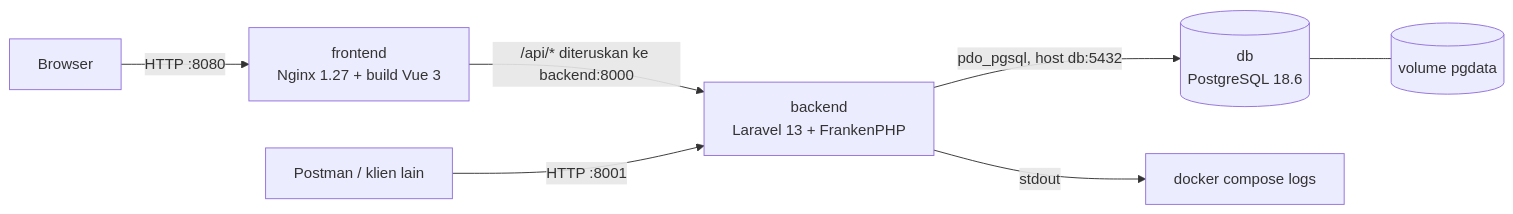
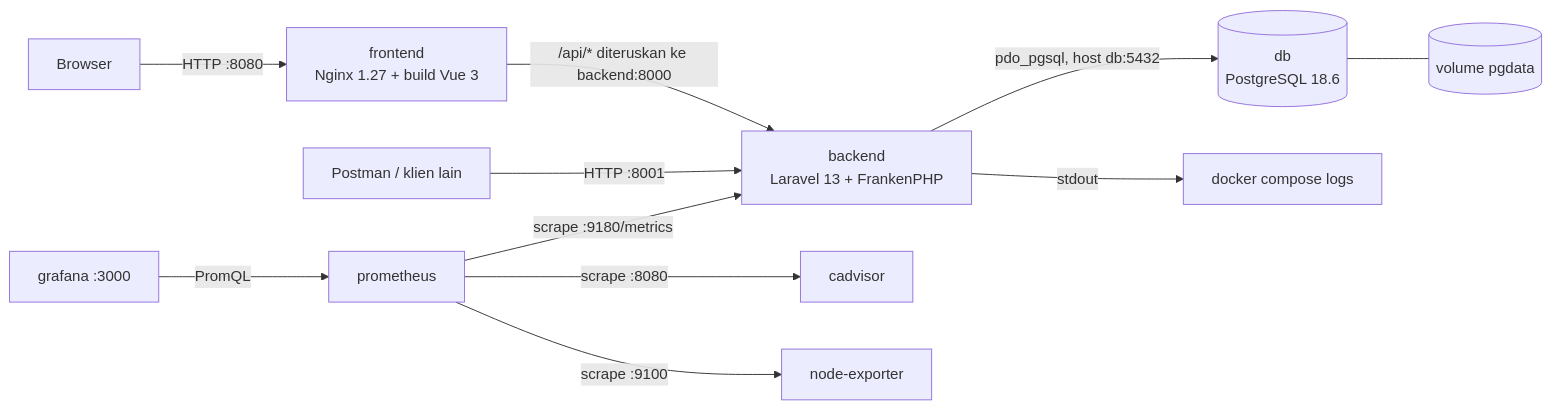
Before and after one commit to hafidzrizqullahprasetya/uts-p1-535493: the first of 3 diagrams in docs/ARSITEKTUR.md, drawn with Mermaid. The commit also changed other lines of this file and 2 other files, not shown here.

Commit message:
docs: jelaskan layanan monitoring, alarm, dan cara mengganti password Grafana

````diff
--- a/docs/ARSITEKTUR.md
+++ b/docs/ARSITEKTUR.md
@@ -5,9 +5,13 @@
 ```mermaid
 flowchart LR
     U[Browser] -->|HTTP :8080| F[frontend<br/>Nginx 1.27 + build Vue 3]
     F -->|/api/* diteruskan ke backend:8000| B[backend<br/>Laravel 13 + FrankenPHP]
     P[Postman / klien lain] -->|HTTP :8001| B
     B -->|pdo_pgsql, host db:5432| D[(db<br/>PostgreSQL 18.6)]
     D --- V[(volume pgdata)]
     B -->|stdout| L[docker compose logs]
+    PR[prometheus] -->|scrape :9180/metrics| B
+    PR -->|scrape :8080| C[cadvisor]
+    PR -->|scrape :9100| N[node-exporter]
+    G[grafana :3000] -->|PromQL| PR
 ```
````
